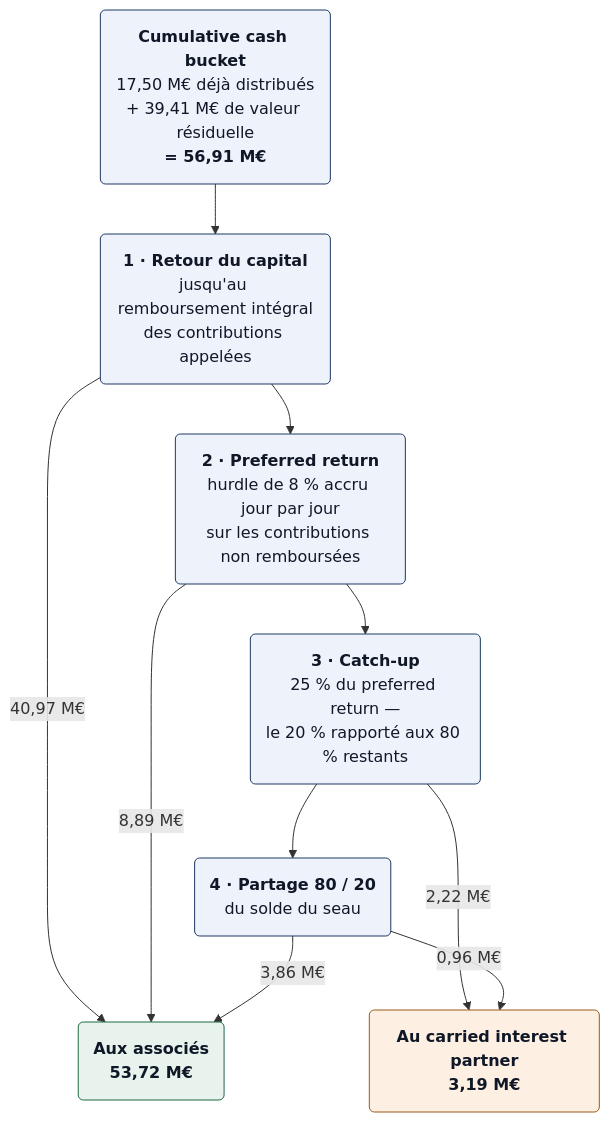
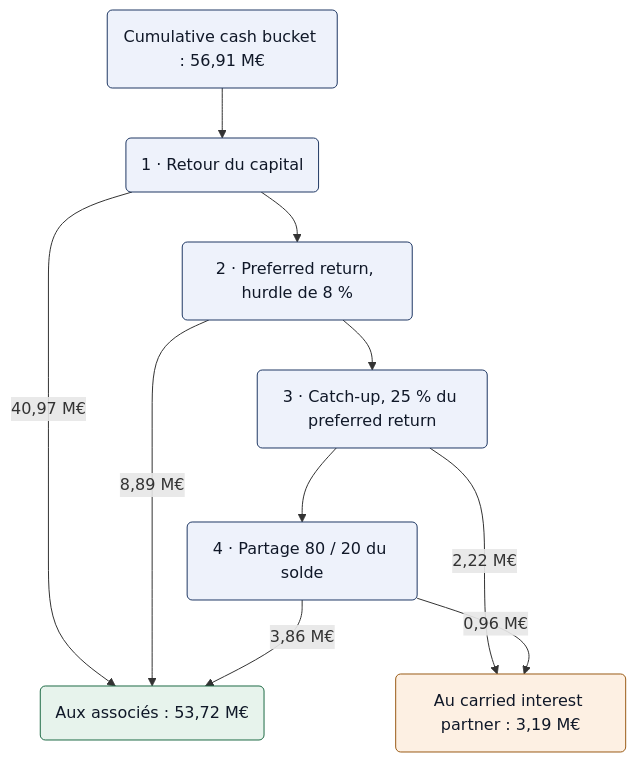
Before and after one commit to cyrilportfolio/scsp-capital-tracker: the first of 2 diagrams in README.md, drawn with Mermaid. The commit also changed other lines of this file, not shown here.

Commit message:
README: schema de la cascade en libelles d'une ligne, que GitHub ne tronque pas

````diff
--- a/README.md
+++ b/README.md
@@ -35,25 +35,25 @@
 ```mermaid
 flowchart TD
-    B("<b>Cumulative cash bucket</b><br/>17,50 M€ déjà distribués<br/>+ 39,41 M€ de valeur résiduelle<br/><b>= 56,91 M€</b>")
+    B("Cumulative cash bucket : 56,91 M€")
 
-    B --> S1("<b>1 · Retour du capital</b><br/>jusqu'au remboursement intégral<br/>des contributions appelées")
-    S1 --> S2("<b>2 · Preferred return</b><br/>hurdle de 8 % accru jour par jour<br/>sur les contributions non remboursées")
-    S2 --> S3("<b>3 · Catch-up</b><br/>25 % du preferred return —<br/>le 20 % rapporté aux 80 % restants")
-    S3 --> S4("<b>4 · Partage 80 / 20</b><br/>du solde du seau")
+    B --> S1("1 · Retour du capital")
+    S1 --> S2("2 · Preferred return, hurdle de 8 %")
+    S2 --> S3("3 · Catch-up, 25 % du preferred return")
+    S3 --> S4("4 · Partage 80 / 20 du solde")
 
     S1 -->|"40,97 M€"| LP
     S2 -->|"8,89 M€"| LP
     S4 -->|"3,86 M€"| LP
     S3 -->|"2,22 M€"| CIP
     S4 -->|"0,96 M€"| CIP
 
-    LP("<b>Aux associés</b><br/><b>53,72 M€</b>")
-    CIP("<b>Au carried interest partner</b><br/><b>3,19 M€</b>")
+    LP("Aux associés : 53,72 M€")
+    CIP("Au carried interest partner : 3,19 M€")
 
     classDef step fill:#eef2fb,stroke:#1f3864,stroke-width:1px,color:#101828
     classDef pot fill:#e7f3ec,stroke:#1e6b45,stroke-width:1px,color:#101828
     classDef carry fill:#fdf0e3,stroke:#9a5b16,stroke-width:1px,color:#101828
     class B,S1,S2,S3,S4 step
     class LP pot
     class CIP carry
 ```
````
